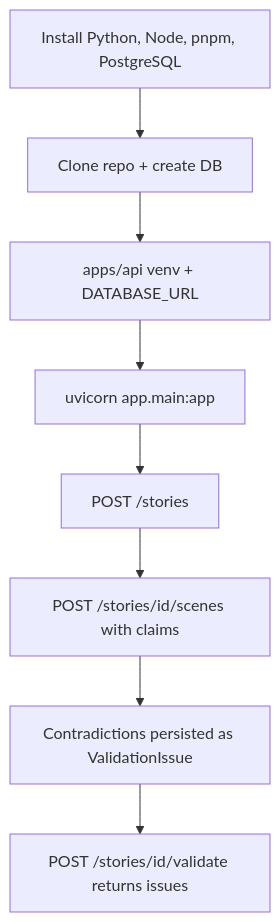
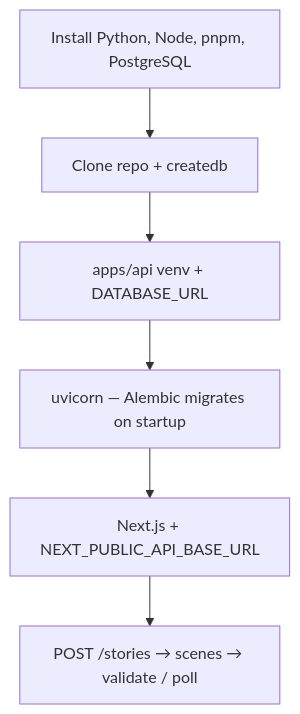
The diagram in README.md (niharika06oct/inferStories), drawn with Mermaid before and after one commit. The commit also changed other lines of this file and 25 other files, not shown here.

First line of the commit message:
feat: Postgres persistence, Alembic, expanded validation, Next UI

````diff
--- a/README.md
+++ b/README.md
@@ -131,10 +119,8 @@
 ```mermaid
 flowchart TD
-    A[Install Python, Node, pnpm, PostgreSQL] --> B[Clone repo + create DB]
+    A[Install Python, Node, pnpm, PostgreSQL] --> B[Clone repo + createdb]
     B --> C[apps/api venv + DATABASE_URL]
-    C --> D[uvicorn app.main:app]
-    D --> E[POST /stories]
-    E --> F[POST /stories/id/scenes with claims]
-    F --> G[Contradictions persisted as ValidationIssue]
-    G --> H[POST /stories/id/validate returns issues]
+    C --> D[uvicorn — Alembic migrates on startup]
+    D --> E[Next.js + NEXT_PUBLIC_API_BASE_URL]
+    E --> F[POST /stories → scenes → validate / poll]
 ```
````
